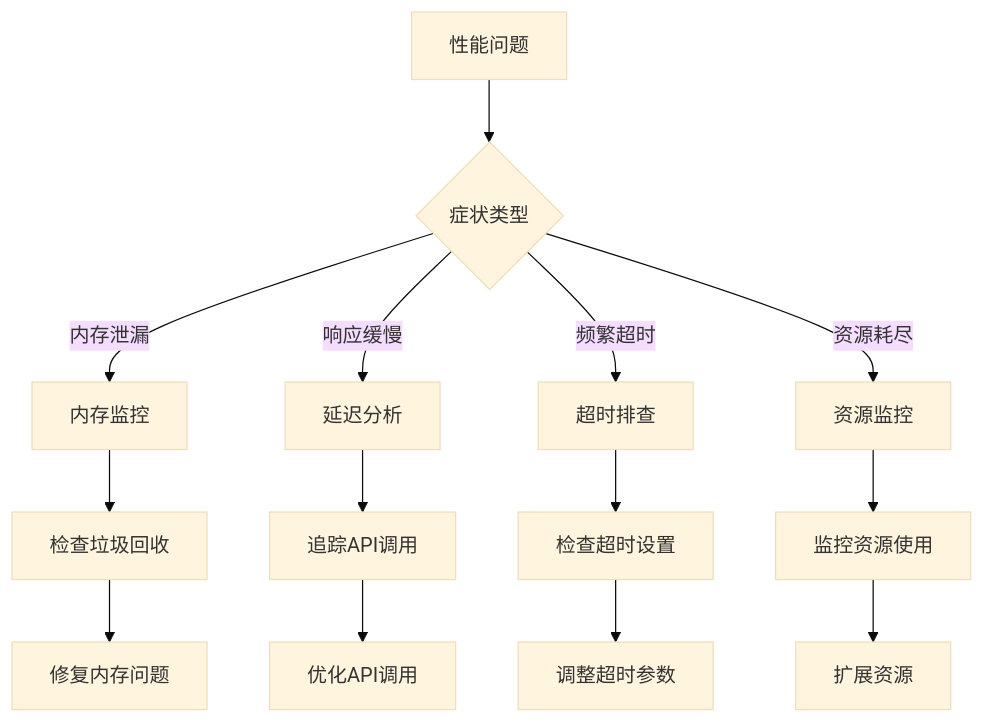
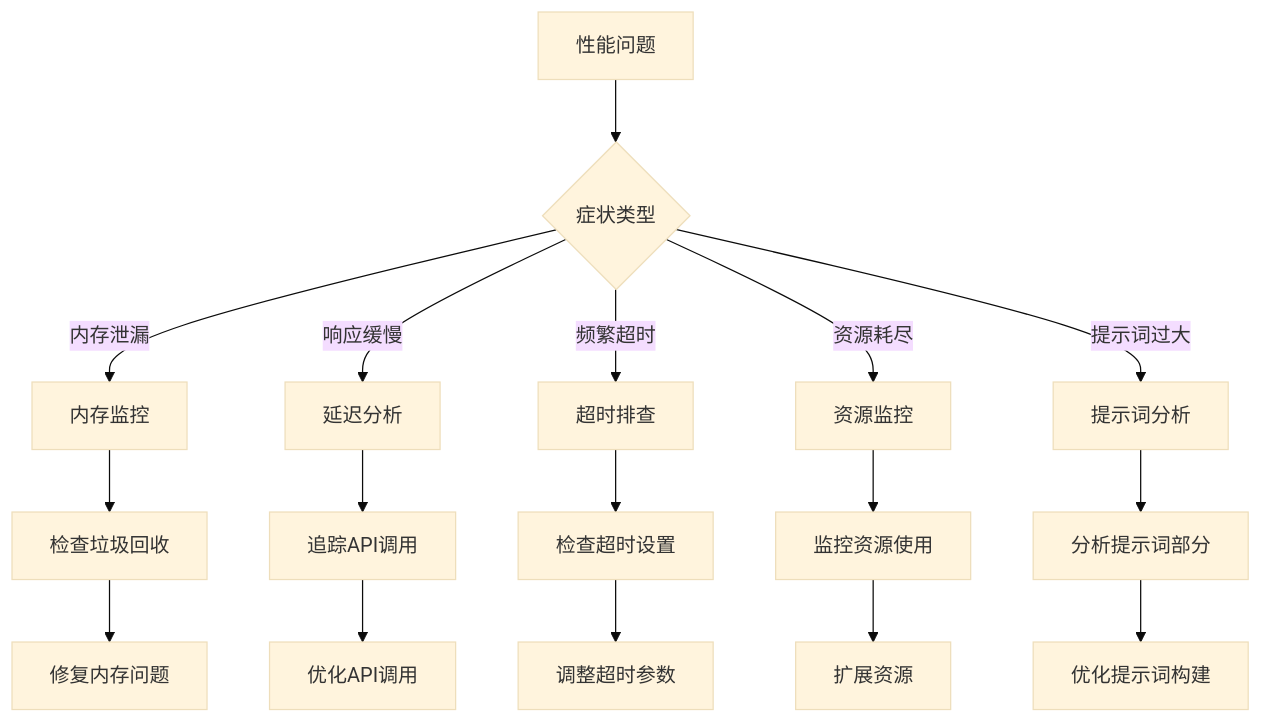
One commit to eurekaYYzero/Mini-Claude-Code changed diagram 17 of 18 in .qoder/repowiki/zh/content/高级主题/性能优化策略.md. Above: the diagram before and after it, drawn with Mermaid (base theme). The commit also changed other lines of this file and 20 other files, not shown here.

````diff
--- a/.qoder/repowiki/zh/content/高级主题/性能优化策略.md
+++ b/.qoder/repowiki/zh/content/高级主题/性能优化策略.md
@@ -453,16 +612,19 @@
 ```mermaid
 flowchart TD
 Problem[性能问题] --> Symptom{症状类型}
 Symptom --> |内存泄漏| Memory[内存监控]
 Symptom --> |响应缓慢| Latency[延迟分析]
 Symptom --> |频繁超时| Timeout[超时排查]
 Symptom --> |资源耗尽| Resource[资源监控]
+Symptom --> |提示词过大| PromptSize[提示词分析]
 Memory --> CheckGC[检查垃圾回收]
 Latency --> TraceAPI[追踪API调用]
 Timeout --> CheckTimeout[检查超时设置]
 Resource --> MonitorUsage[监控资源使用]
+PromptSize --> AnalyzeSections[分析提示词部分]
 CheckGC --> FixMemory[修复内存问题]
 TraceAPI --> OptimizeAPI[优化API调用]
 CheckTimeout --> AdjustTimeout[调整超时参数]
 MonitorUsage --> ScaleResources[扩展资源]
+AnalyzeSections --> OptimizePrompt[优化提示词构建]
 ```
````
